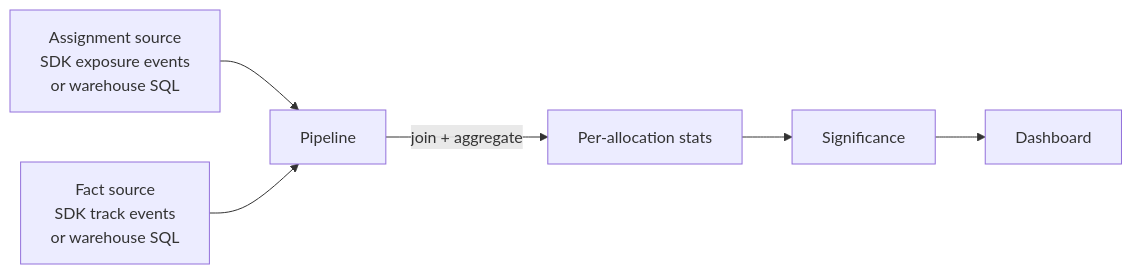
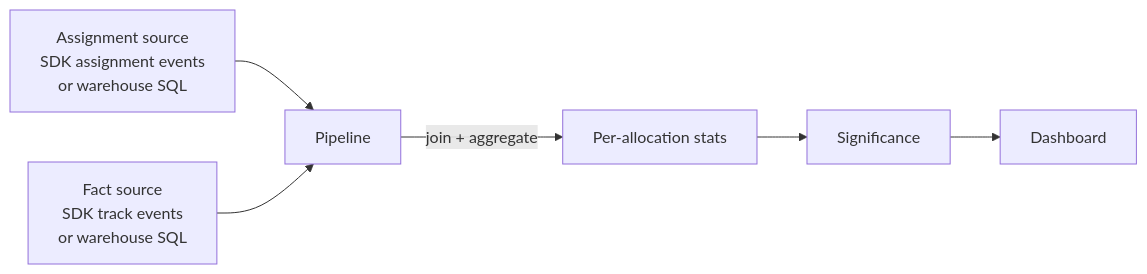
Before and after one commit to traffical/docs: the diagram in concepts/warehouse-native.mdx, drawn with Mermaid. The commit also changed other lines of this file and 90 other files, not shown here.

````diff
--- a/concepts/warehouse-native.mdx
+++ b/concepts/warehouse-native.mdx
@@ -146,8 +146,8 @@
 ```mermaid
 flowchart LR
-    A["Assignment source<br/>SDK exposure events<br/>or warehouse SQL"] --> P[Pipeline]
+    A["Assignment source<br/>SDK assignment events<br/>or warehouse SQL"] --> P[Pipeline]
     F["Fact source<br/>SDK track events<br/>or warehouse SQL"] --> P
     P -->|join + aggregate| Stats["Per-allocation stats"]
     Stats --> Sig["Significance"]
     Sig --> D[Dashboard]
 ```
````
